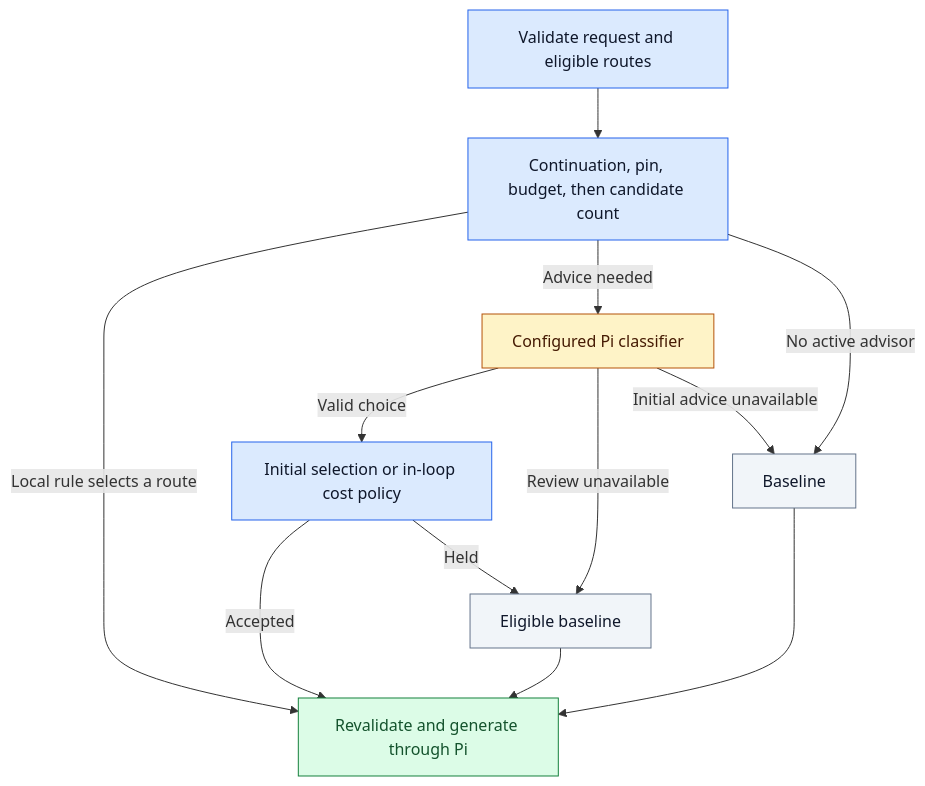
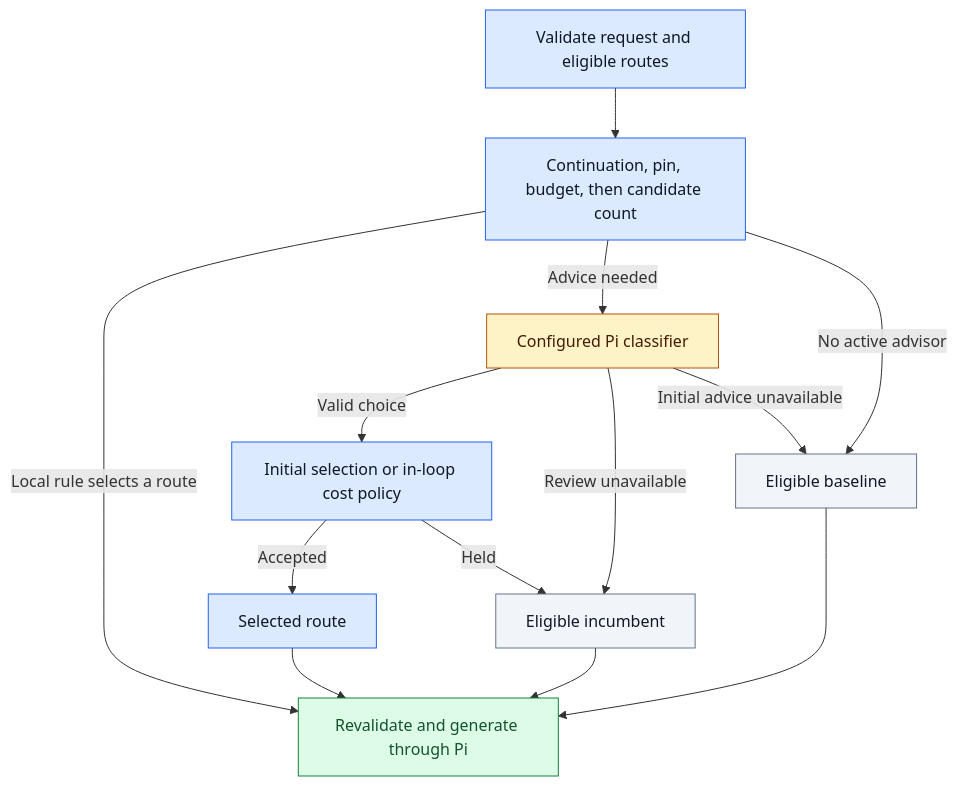
One commit to alexei-led/pi-model-router changed the second of 3 diagrams in docs/architecture.md. Above: the diagram before and after it, drawn with Mermaid. The commit also changed 22 other files, not shown here.

Commit message:
fix: preserve active streams and validate selected advice confidence

````diff
--- a/docs/architecture.md
+++ b/docs/architecture.md
@@ -51,23 +51,24 @@
 ```mermaid
 flowchart TD
     Start["Validate request and eligible routes"] --> Policy["Continuation, pin, budget, then candidate count"]
     Policy -->|"Local rule selects a route"| Generate["Revalidate and generate through Pi"]
     Policy -->|"Advice needed"| Advisor["Configured Pi classifier"]
     Advisor -->|"Valid choice"| Switch["Initial selection or in-loop cost policy"]
-    Switch -->|"Accepted"| Generate
+    Switch -->|"Accepted"| Accepted["Selected route"]
+    Accepted --> Generate
     Switch -->|"Held"| Incumbent["Eligible incumbent"]
     Incumbent --> Generate
-    Advisor -->|"Initial advice unavailable"| Baseline
-    Advisor -->|"Review unavailable"| Incumbent["Eligible baseline"]
+    Advisor -->|"Initial advice unavailable"| Baseline["Eligible baseline"]
+    Advisor -->|"Review unavailable"| Incumbent
     Policy -->|"No active advisor"| Baseline
     Baseline --> Generate
     classDef policy fill:#dbeafe,stroke:#2563eb,color:#0f172a
     classDef advisor fill:#fef3c7,stroke:#b45309,color:#451a03
     classDef generation fill:#dcfce7,stroke:#15803d,color:#14532d
     classDef local fill:#f1f5f9,stroke:#64748b,color:#0f172a
-    class Start,Policy,Switch policy
+    class Start,Policy,Switch,Accepted policy
     class Incumbent local
     class Advisor advisor
     class Generate generation
     class Baseline local
 ```
````
